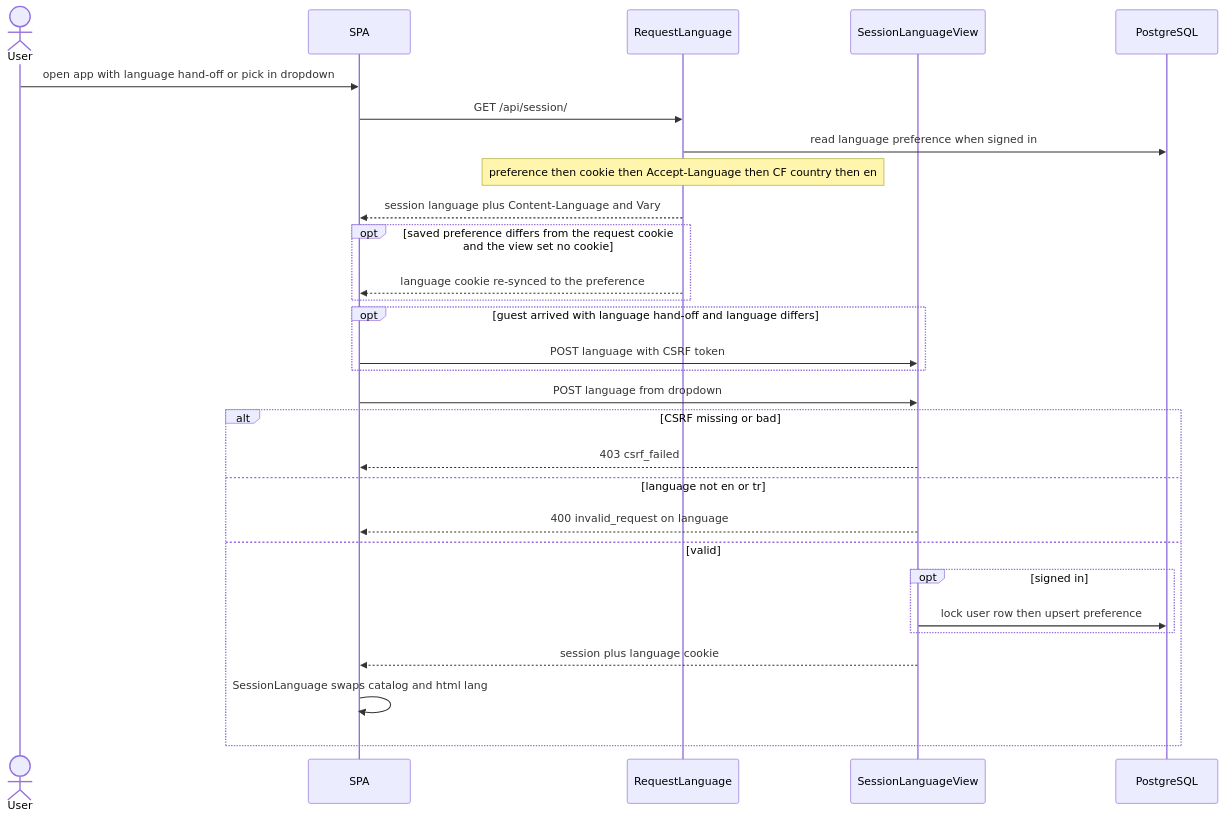
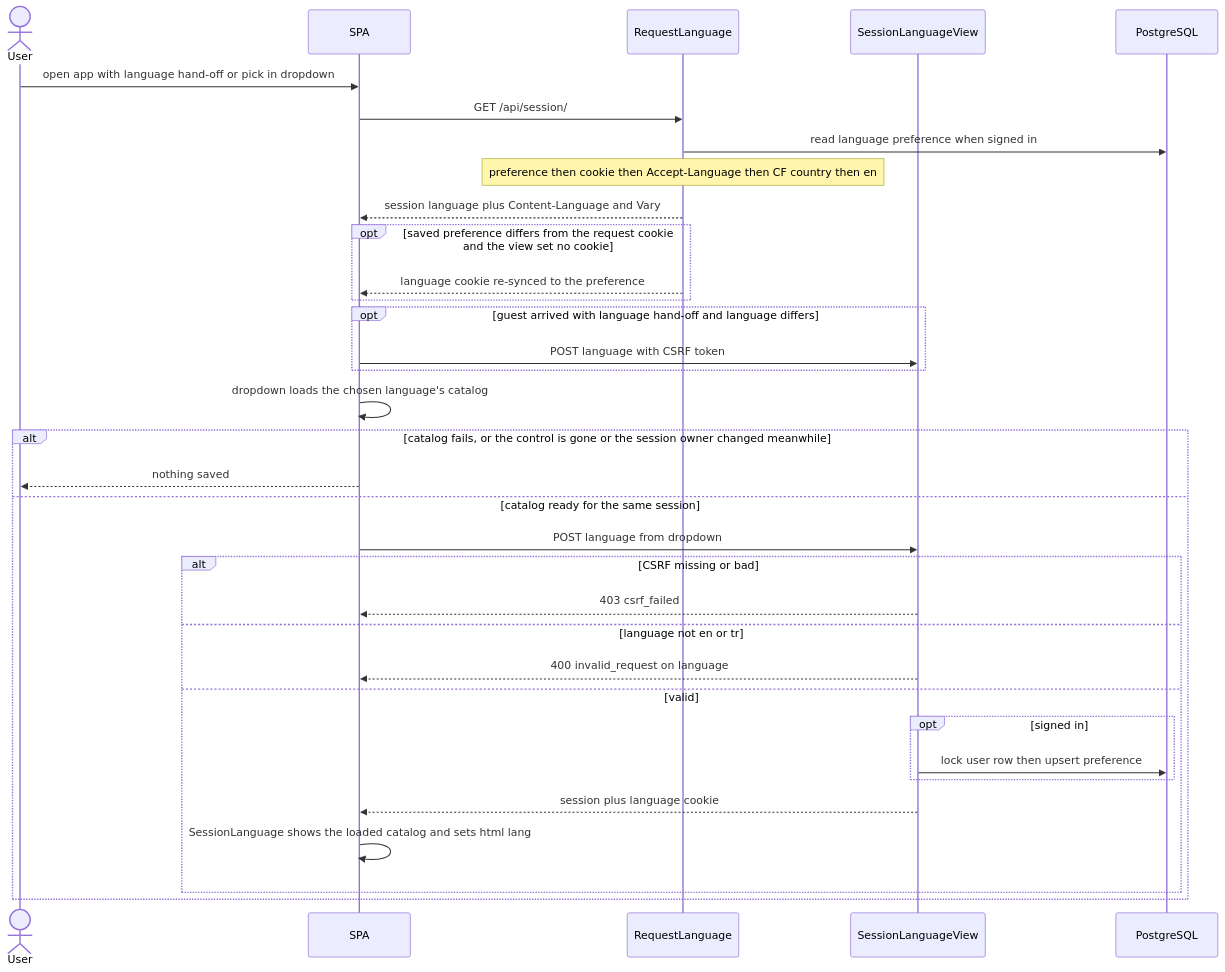
One commit to erkurtharun/pyracast changed the diagram in docs/flows/i18n-and-language.md. Above: the diagram before and after it, drawn with Mermaid. The commit also changed other lines of this file and 52 other files, not shown here.

First line of the commit message:
Bring the flow pages in line with account erasure, typed plant values, on-demand loading, operations events and provider accounts

````diff
--- a/docs/flows/i18n-and-language.md
+++ b/docs/flows/i18n-and-language.md
@@ -18,31 +18,36 @@
 ```mermaid
 sequenceDiagram
     actor U as User
     participant S as SPA
     participant M as RequestLanguage
     participant V as SessionLanguageView
     participant DB as PostgreSQL
     U->>S: open app with language hand-off or pick in dropdown
     S->>M: GET /api/session/
     M->>DB: read language preference when signed in
     Note over M: preference then cookie then Accept-Language then CF country then en
     M-->>S: session language plus Content-Language and Vary
     opt saved preference differs from the request cookie and the view set no cookie
         M-->>S: language cookie re-synced to the preference
     end
     opt guest arrived with language hand-off and language differs
         S->>V: POST language with CSRF token
     end
-    S->>V: POST language from dropdown
-    alt CSRF missing or bad
-        V-->>S: 403 csrf_failed
-    else language not en or tr
-        V-->>S: 400 invalid_request on language
-    else valid
-        opt signed in
-            V->>DB: lock user row then upsert preference
+    S->>S: dropdown loads the chosen language's catalog
+    alt catalog fails, or the control is gone or the session owner changed meanwhile
+        S-->>U: nothing saved
+    else catalog ready for the same session
+        S->>V: POST language from dropdown
+        alt CSRF missing or bad
+            V-->>S: 403 csrf_failed
+        else language not en or tr
+            V-->>S: 400 invalid_request on language
+        else valid
+            opt signed in
+                V->>DB: lock user row then upsert preference
+            end
+            V-->>S: session plus language cookie
+            S->>S: SessionLanguage shows the loaded catalog and sets html lang
         end
-        V-->>S: session plus language cookie
-        S->>S: SessionLanguage swaps catalog and html lang
     end
 ```
````
